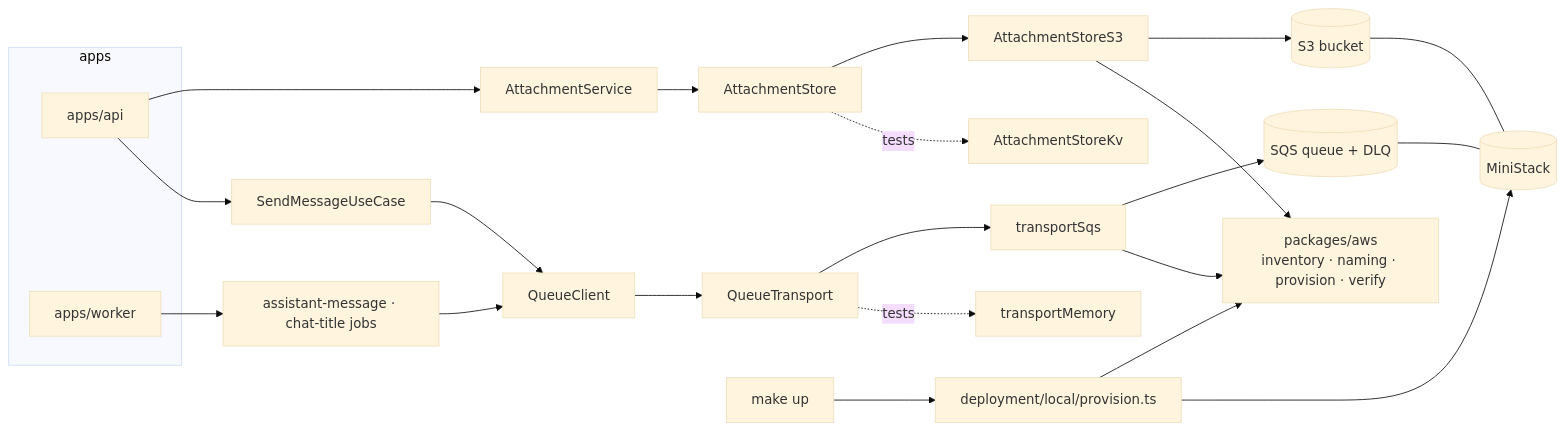
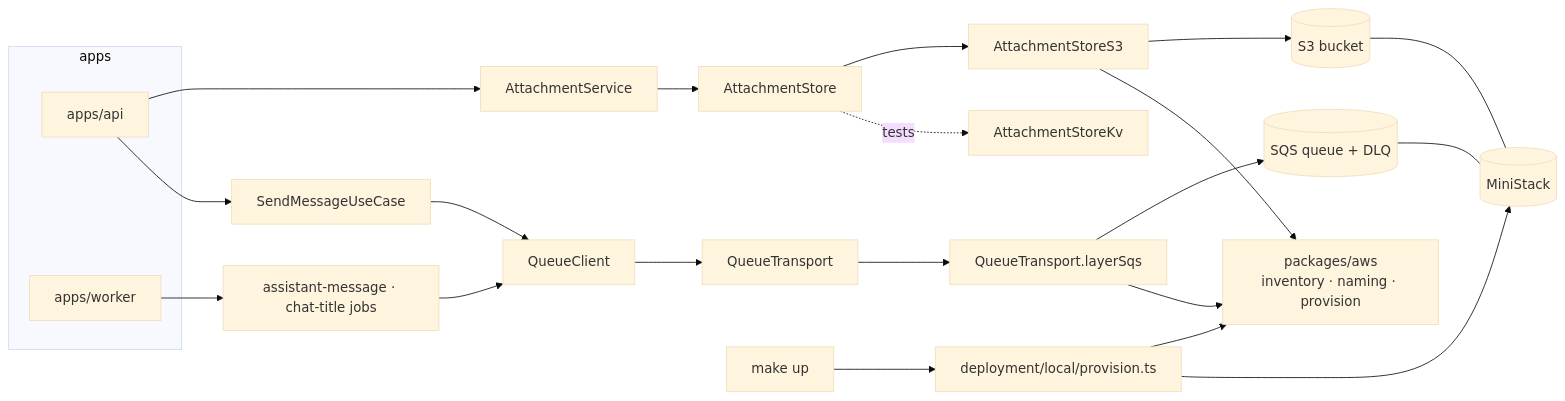
Before and after one commit to khotei/app-template: the diagram in docs/tickets/2026-10-19-1448_aws-local/architecture.md, drawn with Mermaid (base theme). The commit also changed other lines of this file and 103 other files, not shown here.

First line of the commit message:
:sparkles: feat(aws-local): Attachments in S3 and jobs on SQS via MiniStack

````diff
--- a/docs/tickets/2026-10-19-1448_aws-local/architecture.md
+++ b/docs/tickets/2026-10-19-1448_aws-local/architecture.md
@@ -18,25 +19,24 @@
 ```mermaid
 graph LR
   subgraph apps
     api["apps/api"]
     worker["apps/worker"]
   end
   api --> AS["AttachmentService"]
   api --> SM["SendMessageUseCase"]
   worker --> jobs["assistant-message · chat-title jobs"]
   AS --> store["AttachmentStore"]
   SM --> QC["QueueClient"]
   jobs --> QC
   store --> S3a["AttachmentStoreS3"] --> S3[("S3 bucket")]
   store -. tests .-> KVa["AttachmentStoreKv"]
   QC --> T["QueueTransport"]
-  T --> Ts["transportSqs"] --> SQS[("SQS queue + DLQ")]
-  T -. tests .-> Tm["transportMemory"]
-  inv["packages/aws<br/>inventory · naming · provision · verify"]
+  T --> Ts["QueueTransport.layerSqs"] --> SQS[("SQS queue + DLQ")]
+  inv["packages/aws<br/>inventory · naming · provision"]
   S3a --> inv
   Ts --> inv
   make["make up"] --> prov["deployment/local/provision.ts"] --> inv
   prov --> MS[("MiniStack")]
   S3 --- MS
   SQS --- MS
 ```
````
